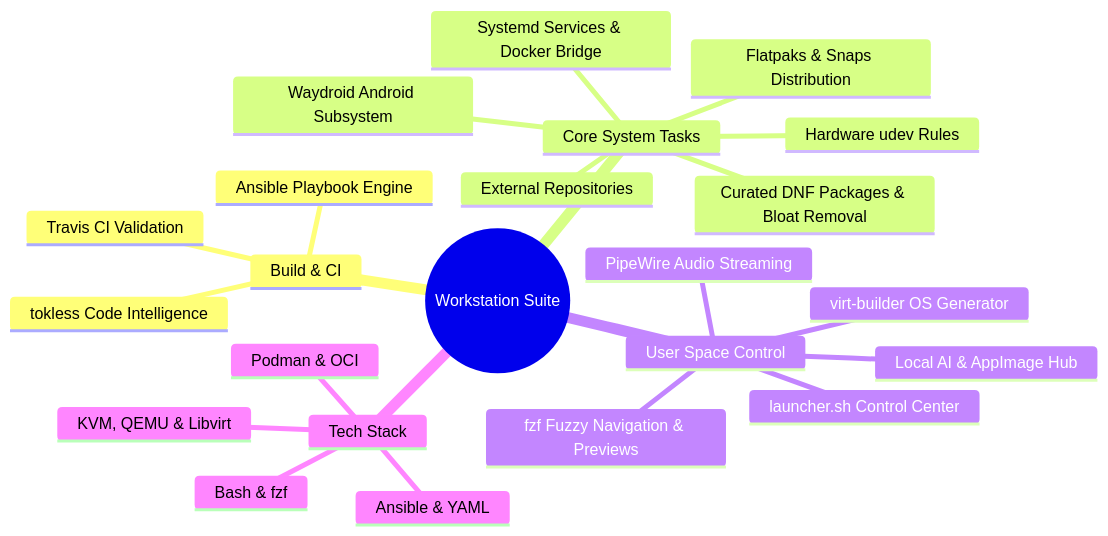
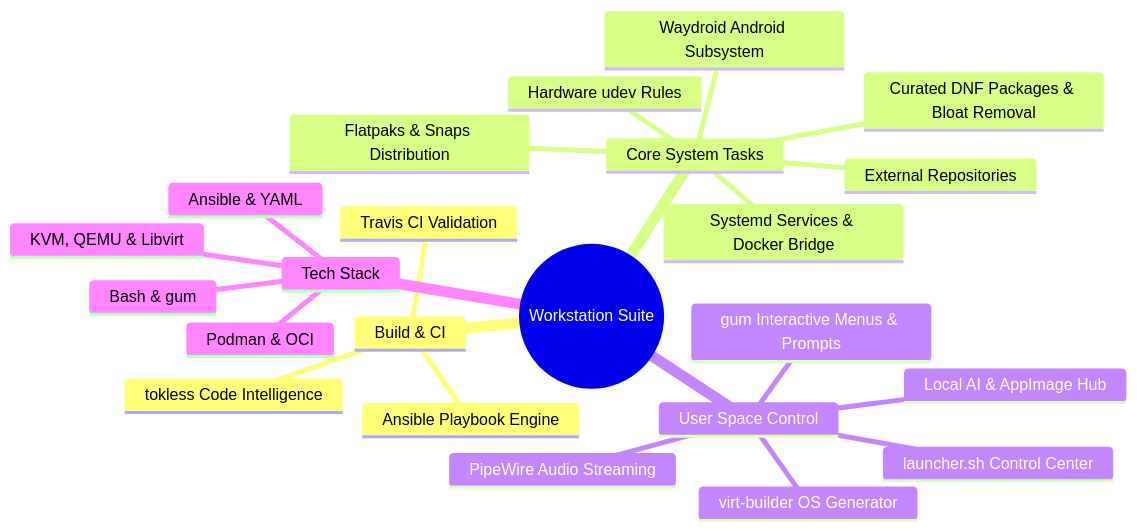
One commit to AIJosue/Ansible-Playbook-Fedora-Workstation changed the first of 2 diagrams in README.md. Above: the diagram before and after it, drawn with Mermaid. The commit also changed other lines of this file and 1 other file, not shown here.

Commit message:
docs: update README for gum UI integration and update launcher

````diff
--- a/README.md
+++ b/README.md
@@ -28,26 +28,26 @@
 ```mermaid
 mindmap
   root((Workstation Suite))
     Build & CI
       Ansible Playbook Engine
       Travis CI Validation
       tokless Code Intelligence
     Core System Tasks
       External Repositories
       Curated DNF Packages & Bloat Removal
       Flatpaks & Snaps Distribution
       Systemd Services & Docker Bridge
       Waydroid Android Subsystem
       Hardware udev Rules
     User Space Control
       launcher.sh Control Center
-      fzf Fuzzy Navigation & Previews
+      gum Interactive Menus & Prompts
       virt-builder OS Generator
       Local AI & AppImage Hub
       PipeWire Audio Streaming
     Tech Stack
       Ansible & YAML
-      Bash & fzf
+      Bash & gum
       KVM, QEMU & Libvirt
       Podman & OCI
 ```
````
